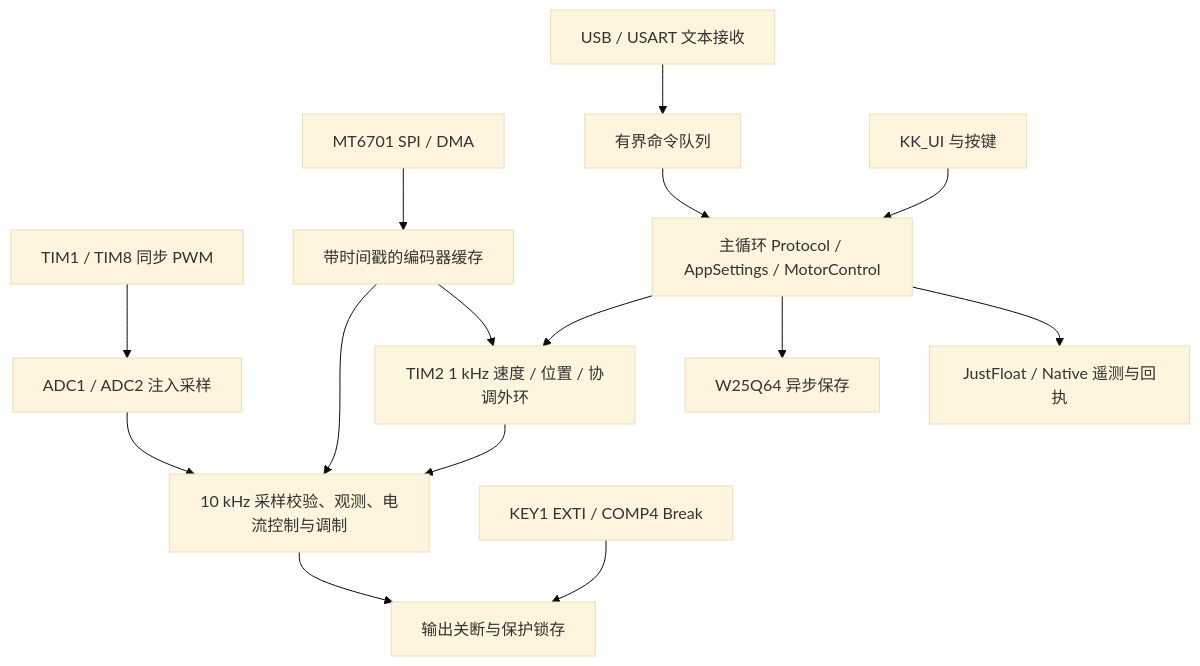
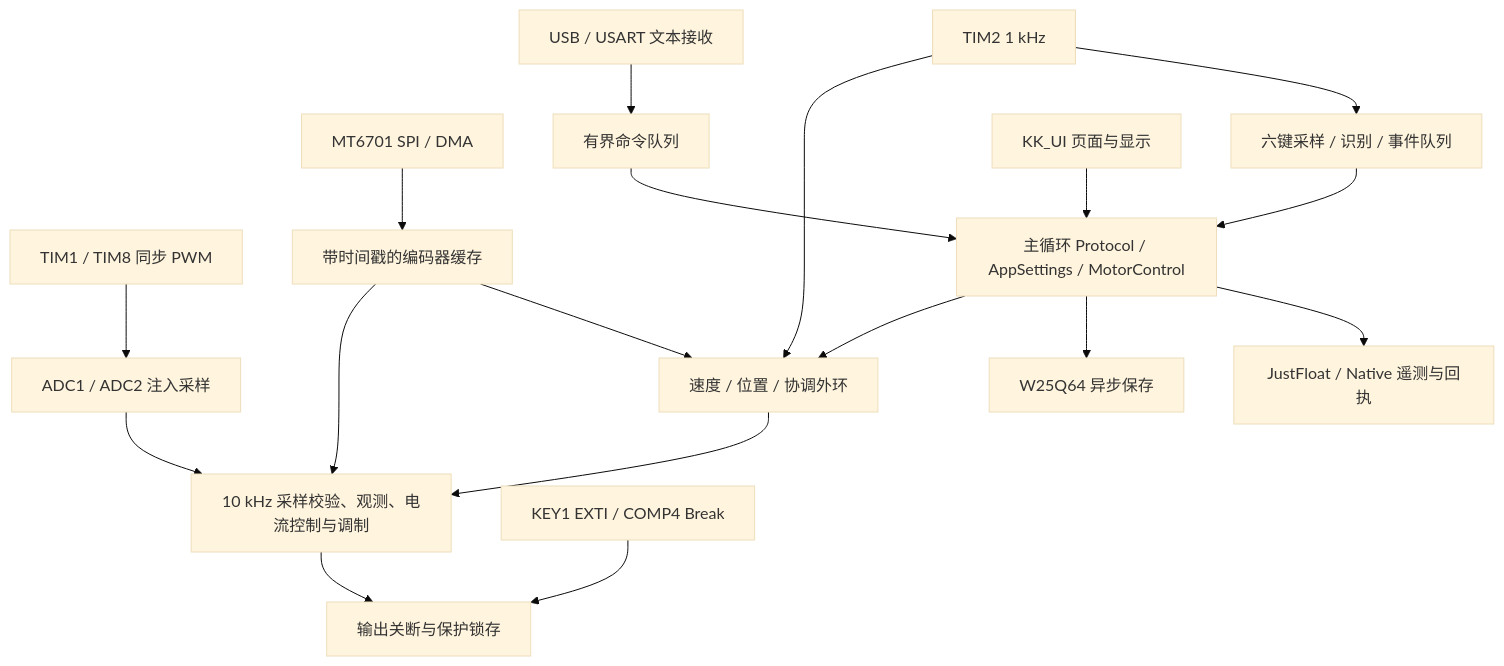
One commit to Jerry99657/Dual-BLDC-motor-driver changed the diagram in README.md. Above: the diagram before and after it, drawn with Mermaid (base theme). The commit also changed other lines of this file and 88 other files, not shown here.

````diff
--- a/README.md
+++ b/README.md
@@ -163,17 +181,20 @@
 ```mermaid
 flowchart TD
     PWM[TIM1 / TIM8 同步 PWM] --> ADC[ADC1 / ADC2 注入采样]
     ADC --> FAST[10 kHz 采样校验、观测、电流控制与调制]
     ENC[MT6701 SPI / DMA] --> CACHE[带时间戳的编码器缓存]
     CACHE --> FAST
-    CACHE --> OUTER[TIM2 1 kHz 速度 / 位置 / 协调外环]
+    CACHE --> OUTER[速度 / 位置 / 协调外环]
+    TICK[TIM2 1 kHz] --> OUTER
     OUTER --> FAST
     HOST[USB / USART 文本接收] --> QUEUE[有界命令队列]
     QUEUE --> MAIN[主循环 Protocol / AppSettings / MotorControl]
-    LCD[KK_UI 与按键] --> MAIN
+    TICK --> KEYS[六键采样 / 识别 / 事件队列]
+    KEYS --> MAIN
+    LCD[KK_UI 页面与显示] --> MAIN
     MAIN --> OUTER
     MAIN --> SAVE[W25Q64 异步保存]
     MAIN --> TX[JustFloat / Native 遥测与回执]
     KEY[KEY1 EXTI / COMP4 Break] --> GATE[输出关断与保护锁存]
     FAST --> GATE
 ```
````
